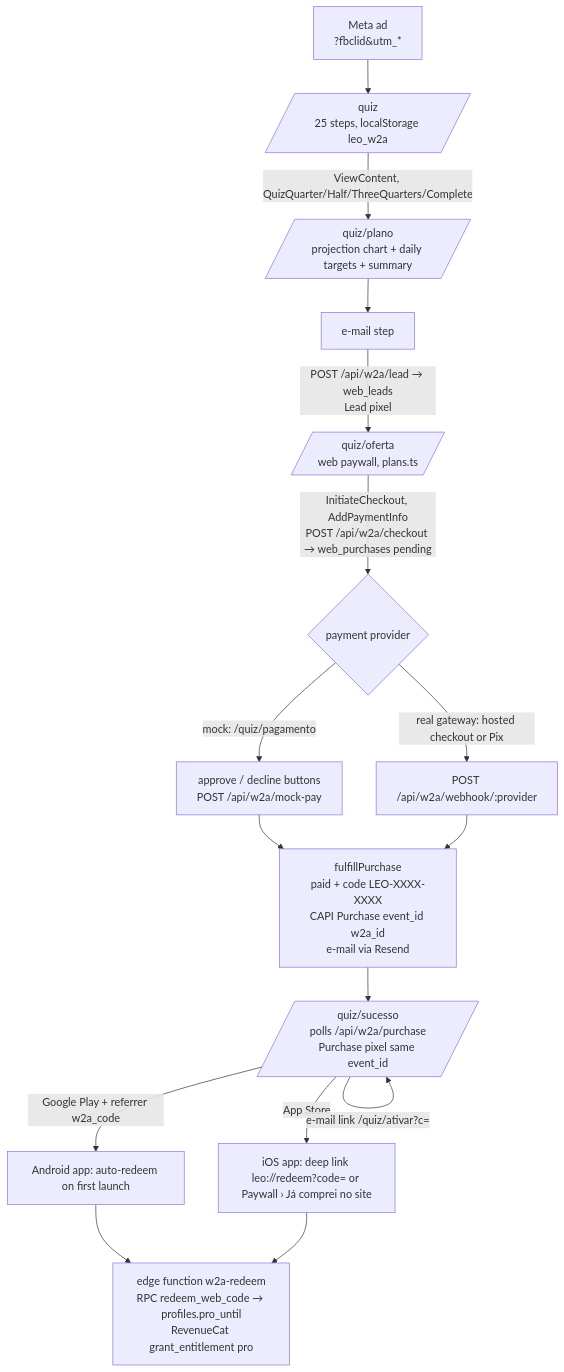
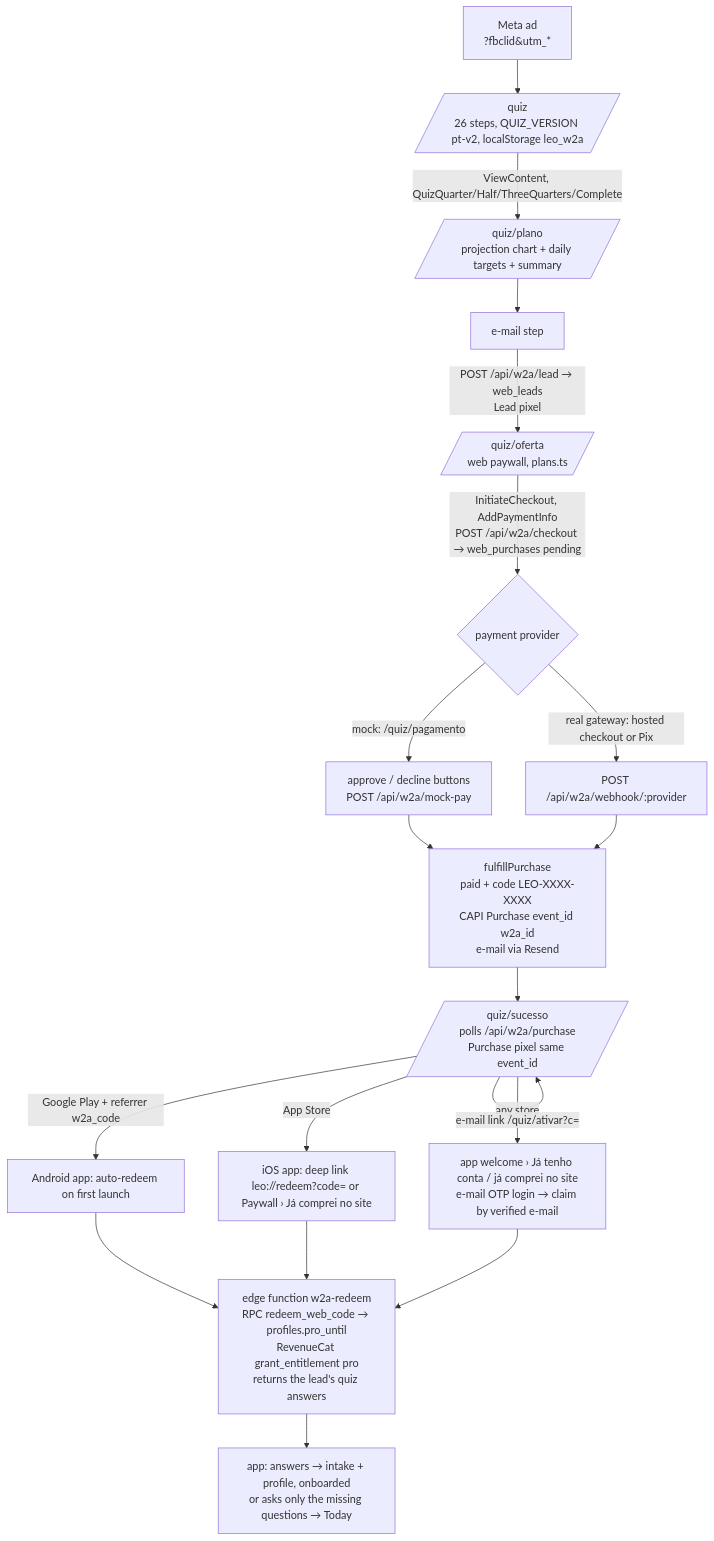
One commit to collasanta/carnivoresystem-web changed the diagram in docs/web2app.md. Above: the diagram before and after it, drawn with Mermaid. The commit also changed other lines of this file and 3 other files, not shown here.

First line of the commit message:
web2app: quiz pt-v2 collects what the app profile needs

````diff
--- a/docs/web2app.md
+++ b/docs/web2app.md
@@ -10,18 +10,21 @@
 ```mermaid
 flowchart TD
-  A[Meta ad<br/>?fbclid&utm_*] --> Q[/quiz<br/>25 steps, localStorage leo_w2a/]
+  A[Meta ad<br/>?fbclid&utm_*] --> Q[/quiz<br/>26 steps, QUIZ_VERSION pt-v2, localStorage leo_w2a/]
   Q -->|ViewContent, QuizQuarter/Half/ThreeQuarters/Complete| P[/quiz/plano<br/>projection chart + daily targets + summary/]
   P --> E[e-mail step]
   E -->|POST /api/w2a/lead → web_leads<br/>Lead pixel| O[/quiz/oferta<br/>web paywall, plans.ts/]
   O -->|InitiateCheckout, AddPaymentInfo<br/>POST /api/w2a/checkout → web_purchases pending| G{payment provider}
   G -->|mock: /quiz/pagamento| M[approve / decline buttons<br/>POST /api/w2a/mock-pay]
   G -->|real gateway: hosted checkout or Pix| W[POST /api/w2a/webhook/:provider]
   M --> F[fulfillPurchase<br/>paid + code LEO-XXXX-XXXX<br/>CAPI Purchase event_id w2a_id<br/>e-mail via Resend]
   W --> F
   F --> S[/quiz/sucesso<br/>polls /api/w2a/purchase<br/>Purchase pixel same event_id/]
   S -->|Google Play + referrer w2a_code| AA[Android app: auto-redeem on first launch]
   S -->|App Store| AI[iOS app: deep link leo://redeem?code= or Paywall › Já comprei no site]
+  S -->|any store| AE[app welcome › Já tenho conta / já comprei no site<br/>e-mail OTP login → claim by verified e-mail]
   S -->|e-mail link /quiz/ativar?c=| S
-  AA --> R[edge function w2a-redeem<br/>RPC redeem_web_code → profiles.pro_until<br/>RevenueCat grant_entitlement pro]
+  AA --> R[edge function w2a-redeem<br/>RPC redeem_web_code → profiles.pro_until<br/>RevenueCat grant_entitlement pro<br/>returns the lead's quiz answers]
   AI --> R
+  AE --> R
+  R --> PR[app: answers → intake + profile, onboarded<br/>or asks only the missing questions → Today]
 ```
````
